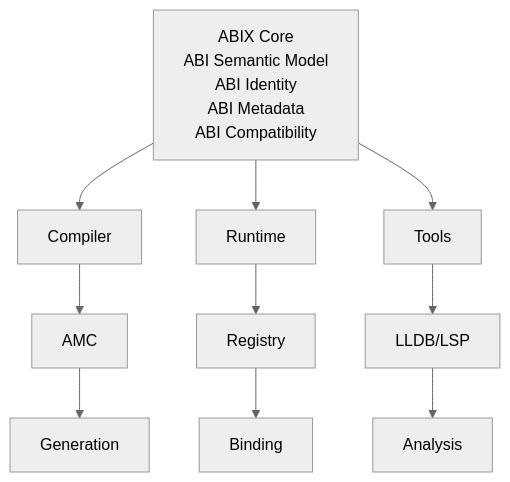
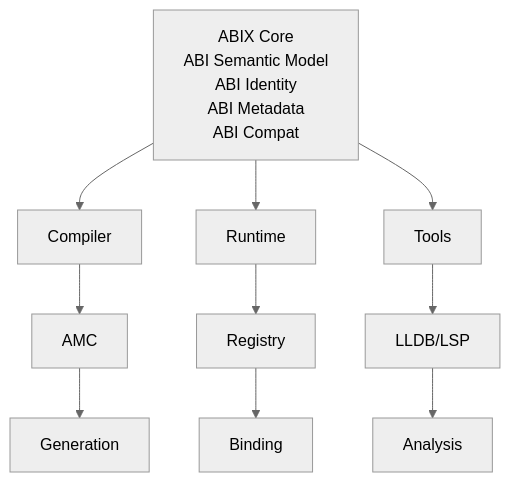
One commit to Sukanle/ABIX changed the ninth of 9 diagrams in docs/development/design-notes.md. Above: the diagram before and after it, drawn with Mermaid (neutral theme). The commit also changed other lines of this file and 262 other files, not shown here.

````diff
--- a/docs/development/design-notes.md
+++ b/docs/development/design-notes.md
@@ -273,13 +273,13 @@
 ```mermaid
 flowchart TD
-    core["ABIX Core<br/>ABI Semantic Model<br/>ABI Identity<br/>ABI Metadata<br/>ABI Compatibility"]
+    core["ABIX Core<br/>ABI Semantic Model<br/>ABI Identity<br/>ABI Metadata<br/>ABI Compat"]
     core --> compiler["Compiler"]
     core --> runtime["Runtime"]
     core --> tools["Tools"]
     compiler --> amc["AMC"]
     runtime --> registry["Registry"]
     tools --> lldb["LLDB/LSP"]
     amc --> gen["Generation"]
     registry --> bind["Binding"]
     lldb --> analysis["Analysis"]
 ```
````
